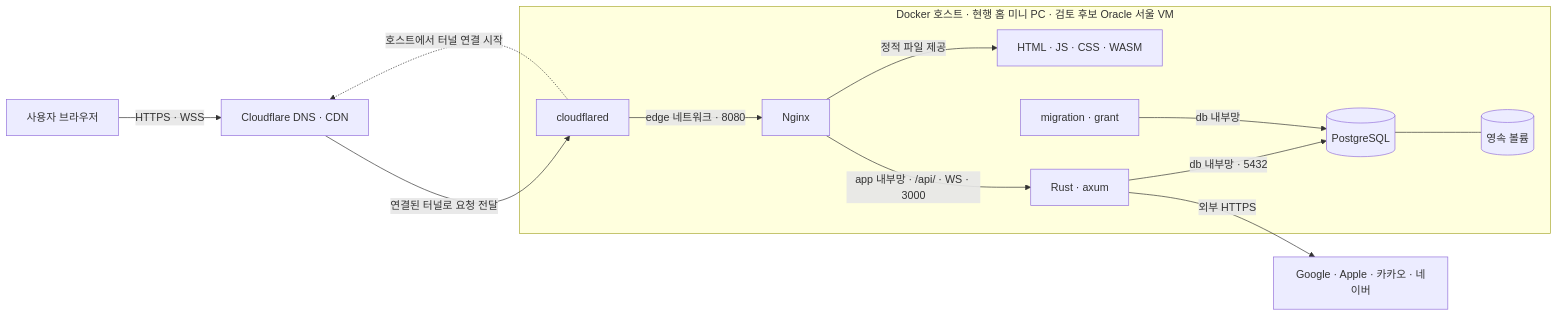
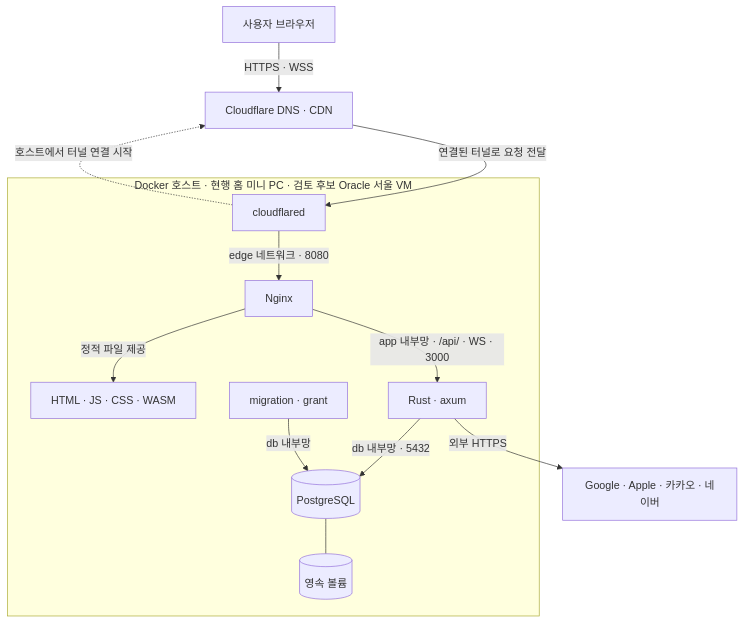
The first of 17 diagrams in docs/design/21-system-diagrams.md (crystal23733/search-mine), drawn with Mermaid before and after one commit. The commit also changed 2 other files, not shown here.

Commit message:
docs(design): 배포도 가독성과 다인전 안내 정리

````diff
--- a/docs/design/21-system-diagrams.md
+++ b/docs/design/21-system-diagrams.md
@@ -11,15 +11,15 @@
 ```mermaid
-flowchart LR
+flowchart TD
     Browser["사용자 브라우저"] -->|"HTTPS · WSS"| Edge["Cloudflare DNS · CDN"]
     Edge -->|"연결된 터널로 요청 전달"| Tunnel
     subgraph Host["Docker 호스트 · 현행 홈 미니 PC · 검토 후보 Oracle 서울 VM"]
         Tunnel["cloudflared"] -->|"edge 네트워크 · 8080"| Nginx["Nginx"]
         Nginx -->|"정적 파일 제공"| Files["HTML · JS · CSS · WASM"]
         Nginx -->|"app 내부망 · /api/ · WS · 3000"| Server["Rust · axum"]
         Server -->|"db 내부망 · 5432"| Postgres[("PostgreSQL")]
         Postgres --- Volume[("영속 볼륨")]
         Migration["migration · grant"] -->|"db 내부망"| Postgres
     end
     Tunnel -.->|"호스트에서 터널 연결 시작"| Edge
     Server -->|"외부 HTTPS"| OAuth["Google · Apple · 카카오 · 네이버"]
 ```
````
